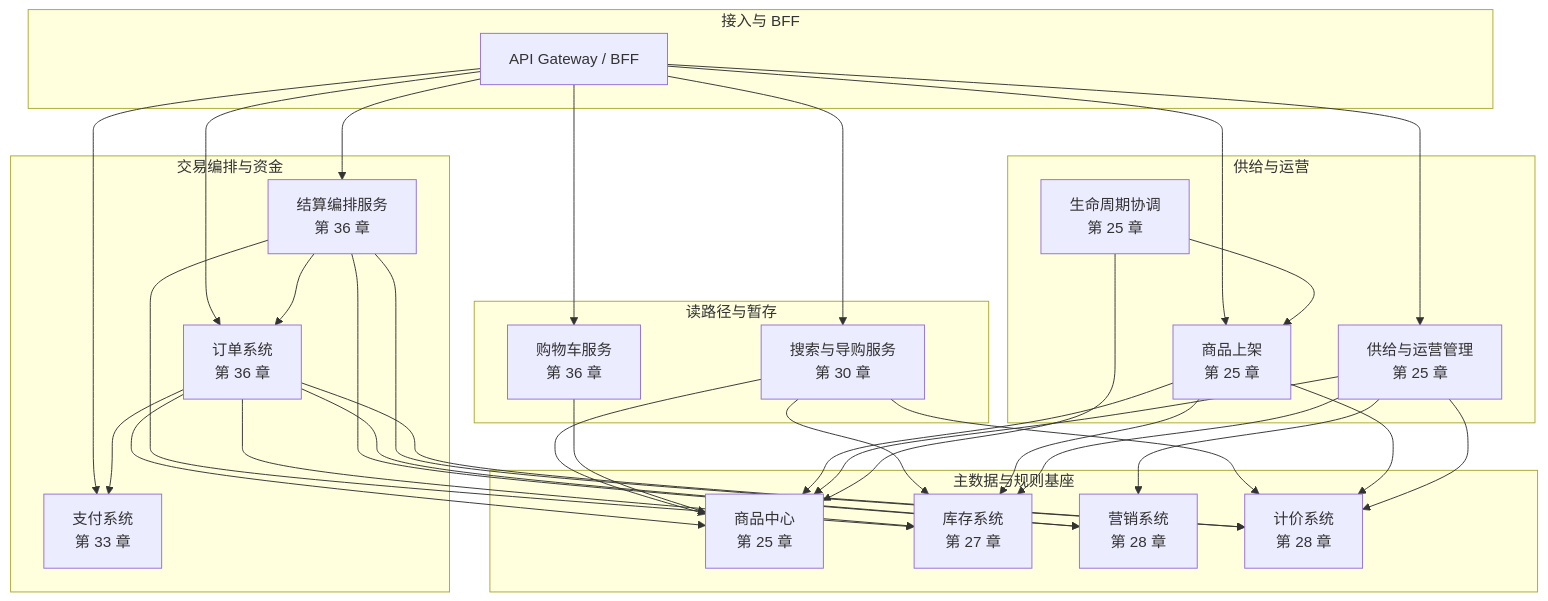
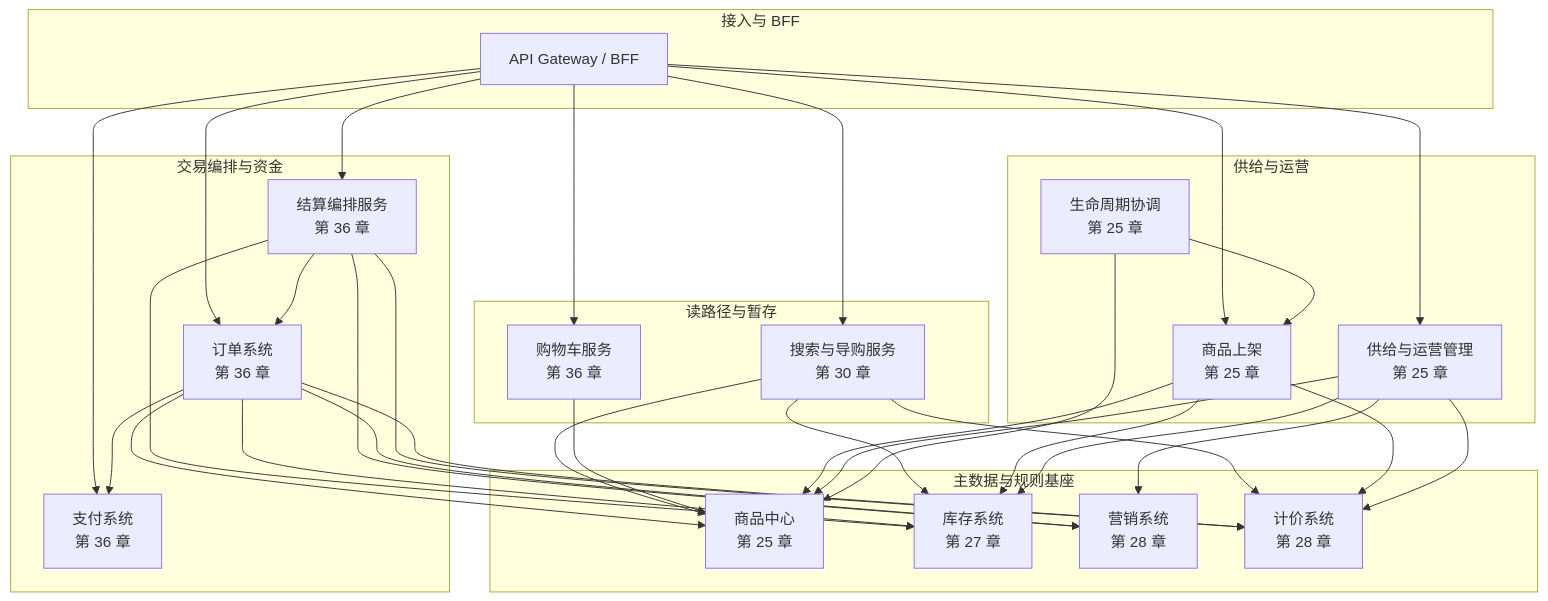
The third of 9 diagrams in books/system-design-primer/src/part03/01-ecommerce-overview.md (wxquare/wxquare.github.io), drawn with Mermaid before and after one commit. The commit also changed other lines of this file and 11 other files, not shown here.

````diff
--- a/books/system-design-primer/src/part03/01-ecommerce-overview.md
+++ b/books/system-design-primer/src/part03/01-ecommerce-overview.md
@@ -166,64 +166,64 @@
 ```mermaid
 flowchart TB
   subgraph L0["接入与 BFF"]
     GW[API Gateway / BFF]
   end
 
   subgraph L_read["读路径与暂存"]
     SearchSvc["搜索与导购服务<br/>第 30 章"]
     CartSvc["购物车服务<br/>第 36 章"]
   end
 
   subgraph L_data["主数据与规则基座"]
     ProductSvc["商品中心<br/>第 25 章"]
     InvSvc["库存系统<br/>第 27 章"]
     MktSvc["营销系统<br/>第 28 章"]
     PriceSvc["计价系统<br/>第 28 章"]
   end
 
   subgraph L_trade["交易编排与资金"]
     CheckoutSvc["结算编排服务<br/>第 36 章"]
     OrderSvc["订单系统<br/>第 36 章"]
-    PaySvc["支付系统<br/>第 33 章"]
+    PaySvc["支付系统<br/>第 36 章"]
   end
 
   subgraph L_supply["供给与运营"]
     ListingSvc["商品上架<br/>第 25 章"]
     OpsSvc["供给与运营管理<br/>第 25 章"]
     LifeSvc["生命周期协调<br/>第 25 章"]
   end
 
   GW --> SearchSvc
   GW --> CartSvc
   GW --> CheckoutSvc
   GW --> OrderSvc
   GW --> PaySvc
   GW --> ListingSvc
   GW --> OpsSvc
 
   SearchSvc --> ProductSvc
   SearchSvc --> InvSvc
   SearchSvc --> PriceSvc
   CartSvc --> ProductSvc
 
   CheckoutSvc --> PriceSvc
   CheckoutSvc --> InvSvc
   CheckoutSvc --> MktSvc
   CheckoutSvc --> OrderSvc
 
   OrderSvc --> ProductSvc
   OrderSvc --> InvSvc
   OrderSvc --> MktSvc
   OrderSvc --> PriceSvc
   OrderSvc --> PaySvc
 
   ListingSvc --> ProductSvc
   ListingSvc --> InvSvc
   ListingSvc --> PriceSvc
   OpsSvc --> ProductSvc
   OpsSvc --> InvSvc
   OpsSvc --> MktSvc
   OpsSvc --> PriceSvc
   LifeSvc --> ProductSvc
   LifeSvc --> ListingSvc
 ```
````
